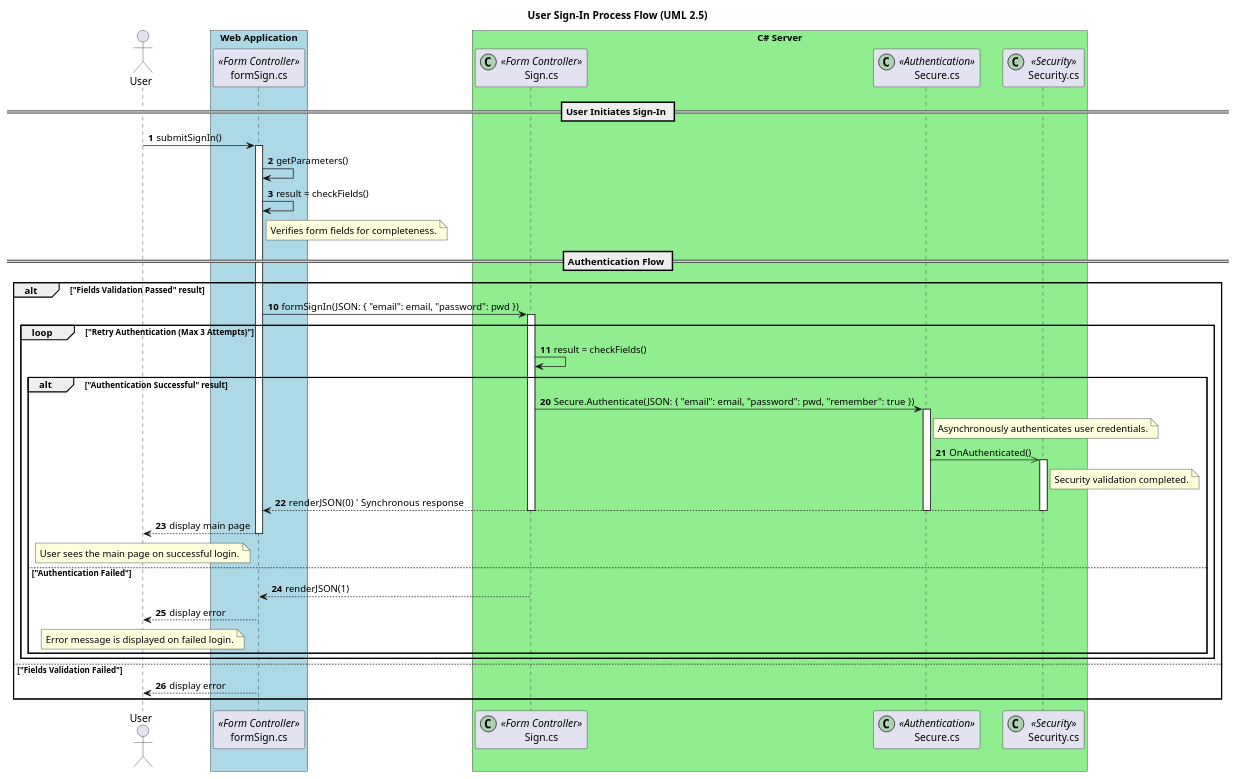
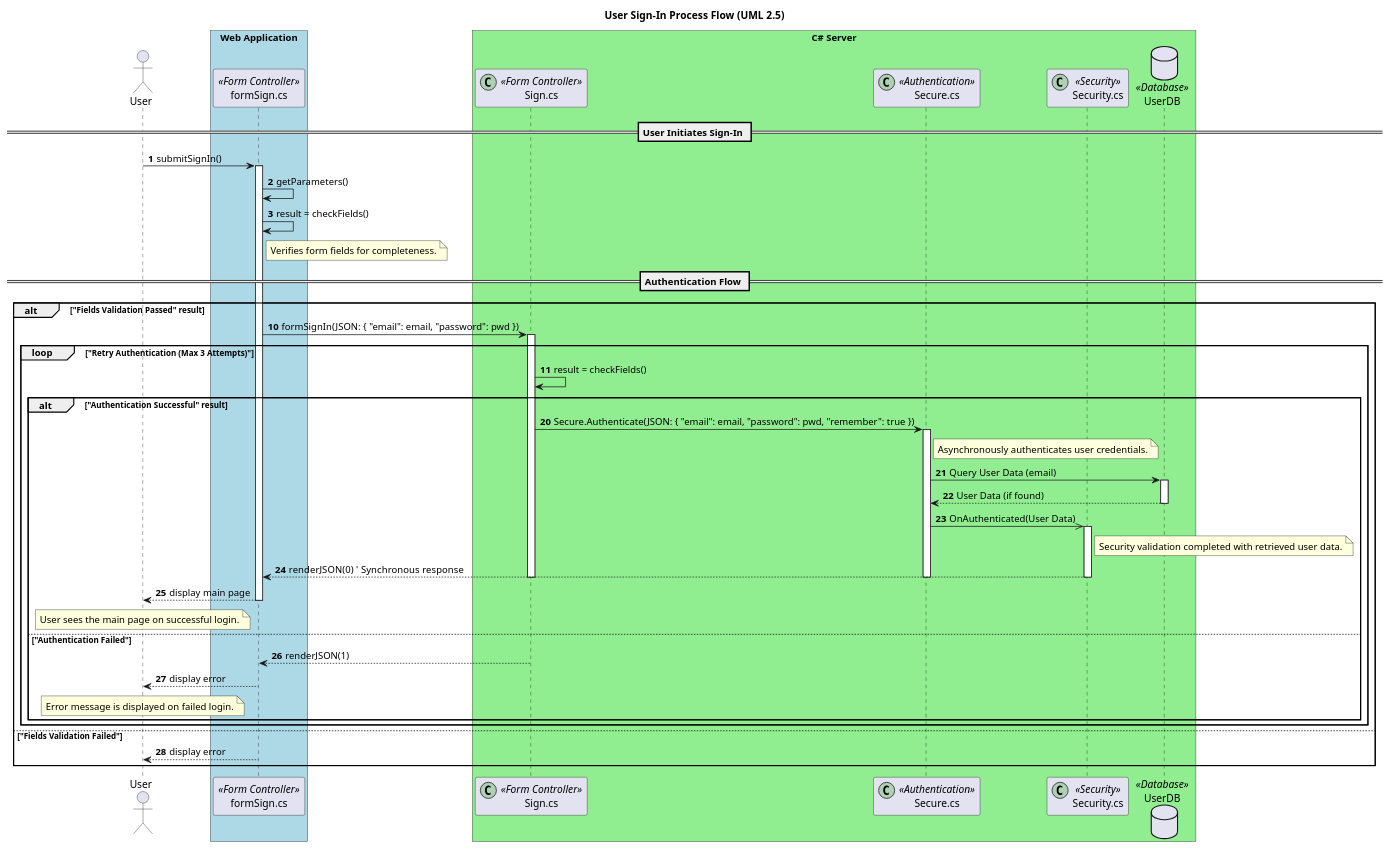
The diagram in sign_in_flow.puml (andikatjacobdennis/UML), drawn with PlantUML before and after one commit.

```diff
--- a/sign_in_flow.puml
+++ b/sign_in_flow.puml
@@ -1,92 +1,100 @@
 @startuml
 
 title User Sign-In Process Flow (UML 2.5)
 
 actor User as user
 participant "formSign.cs" as form <<Form Controller>>
 participant "Sign.cs" as controller <<(C,#ADD1B2) Form Controller>>
 participant "Secure.cs" as secure <<(C,#ADD1B2) Authentication>>
 participant "Security.cs" as security <<(C,#ADD1B2) Security>>
+database "UserDB" as database <<Database>>
 
 autonumber 1
 
 box "Web Application" #LightBlue
     participant form
 end box
 
 box "C# Server" #LightGreen
     participant controller
     participant secure
     participant security
+    participant database
 end box
 
 == User Initiates Sign-In ==
 
 user -> form : submitSignIn()
 activate form
 form -> form : getParameters()
 form -> form : result = checkFields()
 
 note right of form
     Verifies form fields for completeness.
 end note
 
 ' New page or section for main authentication flow
 == Authentication Flow ==
 
 autonumber 10
 
 alt "Fields Validation Passed" result
 
     form -> controller : formSignIn(JSON: { "email": email, "password": pwd })
     activate controller
     
     loop "Retry Authentication (Max 3 Attempts)"
         controller -> controller : result = checkFields()
         
         autonumber 20
         
         alt "Authentication Successful" result
             controller -> secure : Secure.Authenticate(JSON: { "email": email, "password": pwd, "remember": true })
             activate secure
             
             note right of secure
                 Asynchronously authenticates user credentials.
             end note
             
-            secure ->> security : OnAuthenticated()
+            secure -> database : Query User Data (email)
+            activate database
+            
+            database --> secure : User Data (if found)
+            deactivate database
+            
+            secure ->> security : OnAuthenticated(User Data)
             activate security
             
             note right of security
-                Security validation completed.
+                Security validation completed with retrieved user data.
             end note
             
             security --> form : renderJSON(0)  ' Synchronous response
             deactivate security
             deactivate secure
             deactivate controller
             form --> user : display main page
             deactivate form
             
             note over user
                 User sees the main page on successful login.
             end note
             
         else "Authentication Failed"
             controller --> form : renderJSON(1)
             deactivate controller
             form --> user : display error
             
             note over user
                 Error message is displayed on failed login.
             end note
             
         end
     end
     
 else "Fields Validation Failed"
     form --> user : display error
     deactivate form
 end
 
 @enduml
```
